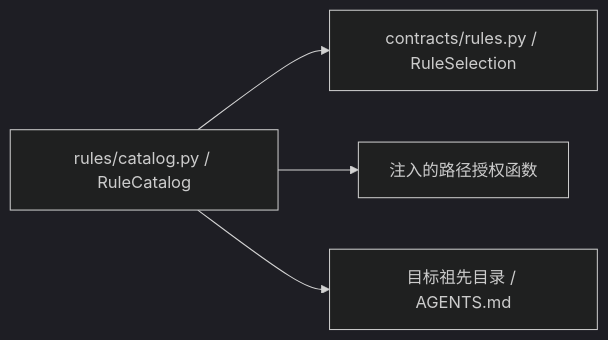
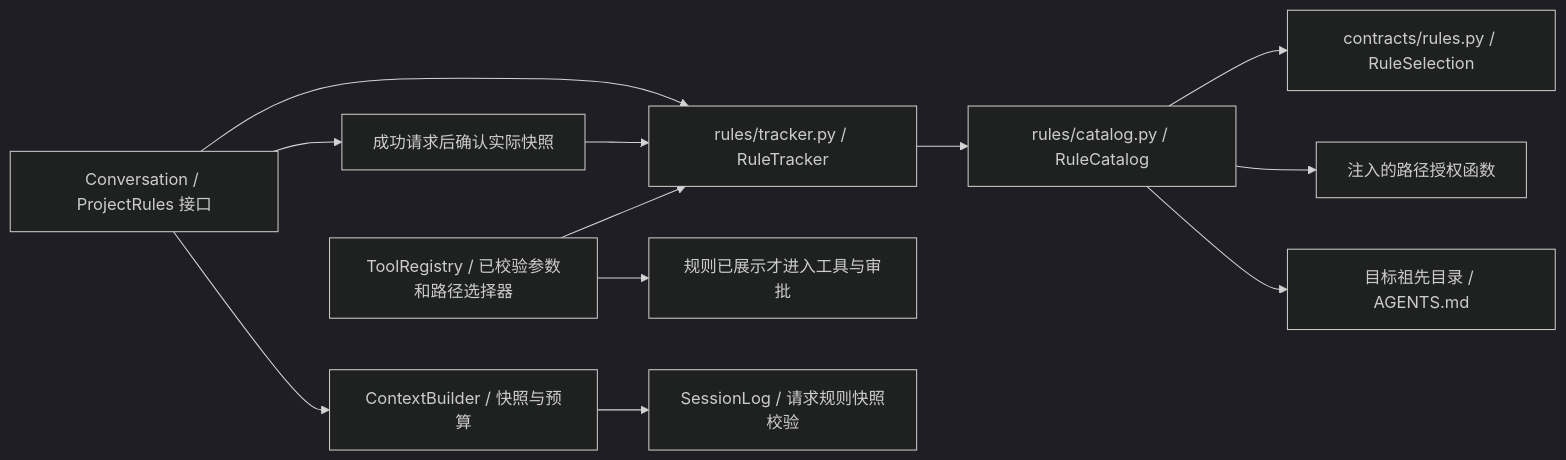
The first of 12 diagrams in docs/architecture.md (Plvltra/AdamAgent), drawn with Mermaid (dark theme) before and after one commit. The commit also changed other lines of this file and 17 other files, not shown here.

```diff
--- a/docs/architecture.md
+++ b/docs/architecture.md
@@ -13,6 +13,14 @@
 ~~~mermaid
 flowchart LR
     SOURCE["rules/catalog.py / RuleCatalog"] --> CONTRACT["contracts/rules.py / RuleSelection"]
     SOURCE --> AUTH["注入的路径授权函数"]
     SOURCE --> FILE["目标祖先目录 / AGENTS.md"]
+    TRACK["rules/tracker.py / RuleTracker"] --> SOURCE
+    CONV["Conversation / ProjectRules 接口"] --> TRACK
+    CONV --> BUILD["ContextBuilder / 快照与预算"]
+    CONV --> ACK["成功请求后确认实际快照"]
+    ACK --> TRACK
+    REG["ToolRegistry / 已校验参数和路径选择器"] --> TRACK
+    REG --> TOOL["规则已展示才进入工具与审批"]
+    BUILD --> LOG["SessionLog / 请求规则快照校验"]
 ~~~
```
